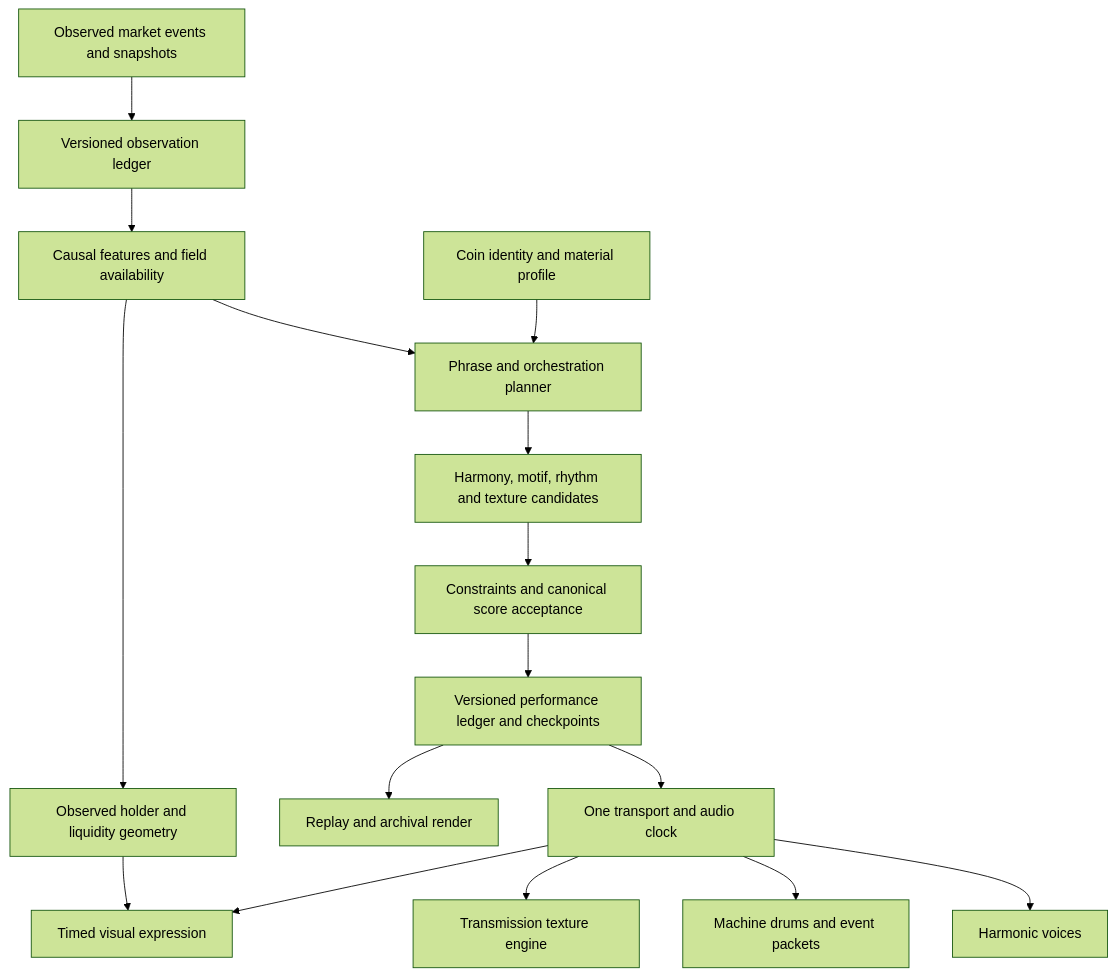
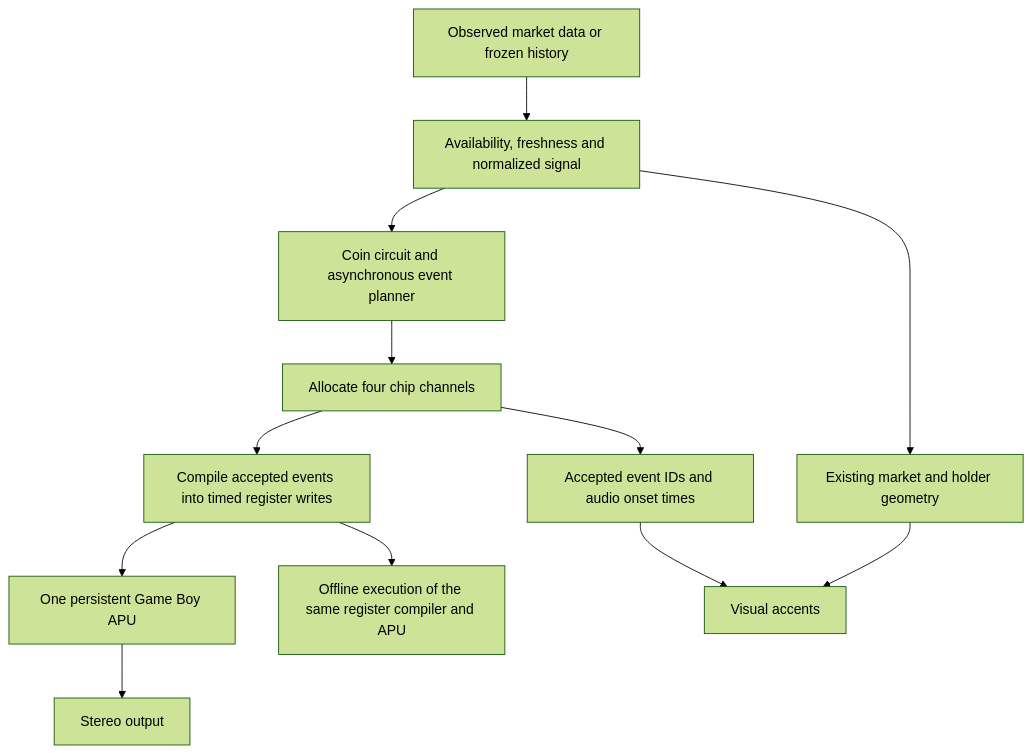
One commit to nchrl01/rhosnei.gr changed the diagram in docs/design/TRANSMISSION-INSTRUMENT.md. Above: the diagram before and after it, drawn with Mermaid (forest theme). The commit also changed other lines of this file and 38 other files, not shown here.

Commit message:
Route all market audio through a MAME-derived Game Boy APU

````diff
--- a/docs/design/TRANSMISSION-INSTRUMENT.md
+++ b/docs/design/TRANSMISSION-INSTRUMENT.md
@@ -23,18 +17,14 @@
 ```mermaid
 flowchart TD
-  O[Observed market events and snapshots] --> L[Versioned observation ledger]
-  L --> F[Causal features and field availability]
-  I[Coin identity and material profile] --> P[Phrase and orchestration planner]
-  F --> P
-  P --> C[Harmony, motif, rhythm and texture candidates]
-  C --> A[Constraints and canonical score acceptance]
-  A --> S[Versioned performance ledger and checkpoints]
-  S --> T[One transport and audio clock]
-  T --> H[Harmonic voices]
-  T --> D[Machine drums and event packets]
-  T --> N[Transmission texture engine]
-  T --> V[Timed visual expression]
-  F --> G[Observed holder and liquidity geometry]
-  G --> V
-  S --> R[Replay and archival render]
+  A[Observed market data or frozen history] --> B[Availability, freshness and normalized signal]
+  B --> C[Coin circuit and asynchronous event planner]
+  C --> D[Allocate four chip channels]
+  D --> E[Compile accepted events into timed register writes]
+  E --> F[One persistent Game Boy APU]
+  F --> G[Stereo output]
+  D --> H[Accepted event IDs and audio onset times]
+  H --> I[Visual accents]
+  B --> J[Existing market and holder geometry]
+  J --> I
+  E --> K[Offline execution of the same register compiler and APU]
 ```
````
